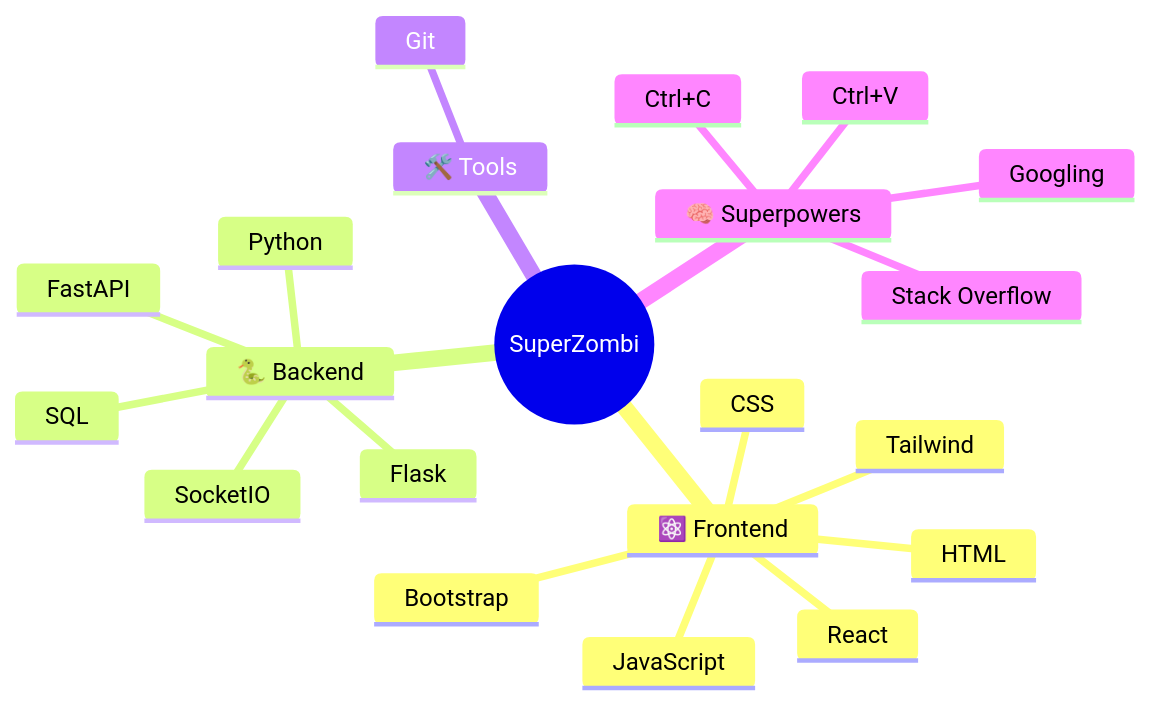
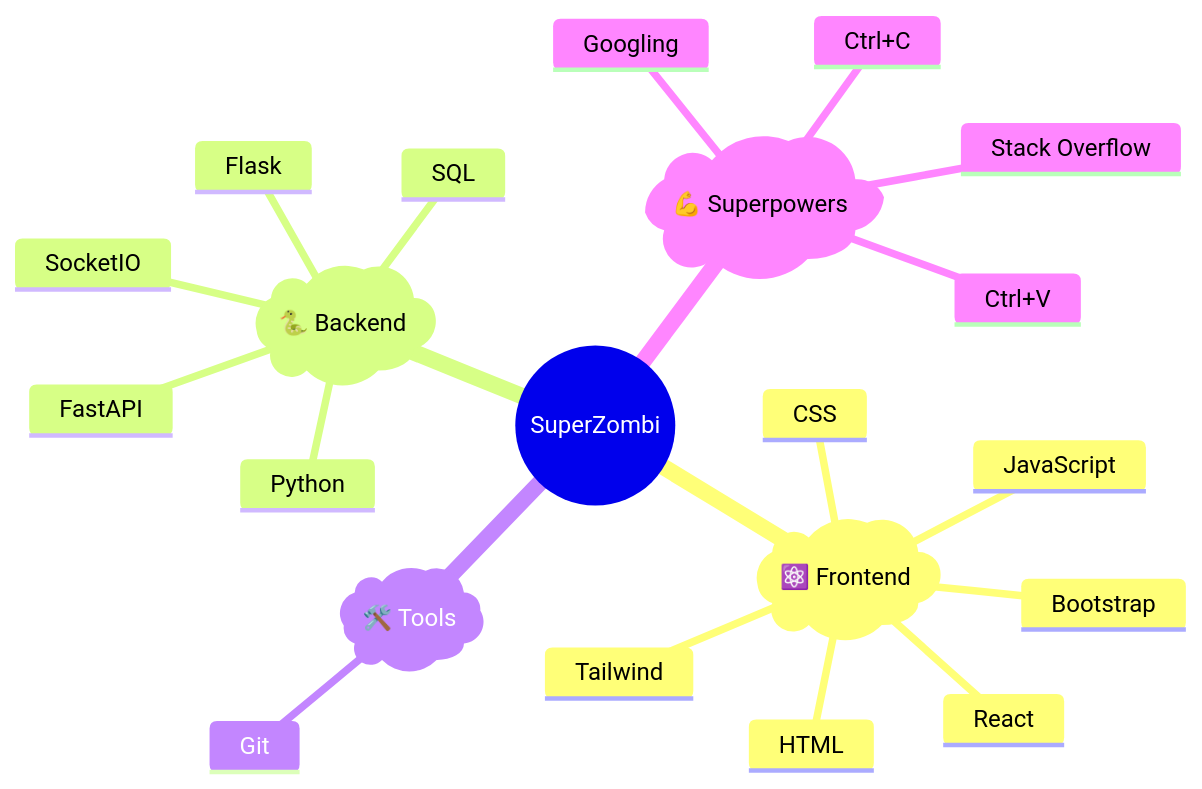
Before and after one commit to SuperZombi/SuperZombi: the diagram in README.md, drawn with Mermaid.

Commit message:
Fix formatting of mindmap in README.md

````diff
--- a/README.md
+++ b/README.md
@@ -28,24 +28,24 @@
 ```mermaid
 mindmap
   root((SuperZombi))
-    ⚛️ Frontend
+    )⚛️ Frontend(
       HTML
       CSS
       JavaScript
       React
       Tailwind
       Bootstrap
-    🐍 Backend
+    )🐍 Backend(
       Python
       Flask
       FastAPI
       SocketIO
       SQL
-    🛠️ Tools
+    )🛠️ Tools(
       Git
-    🧠 Superpowers
+    )💪 Superpowers(
       Googling
       Stack Overflow
       Ctrl+C
       Ctrl+V
 ```
````
